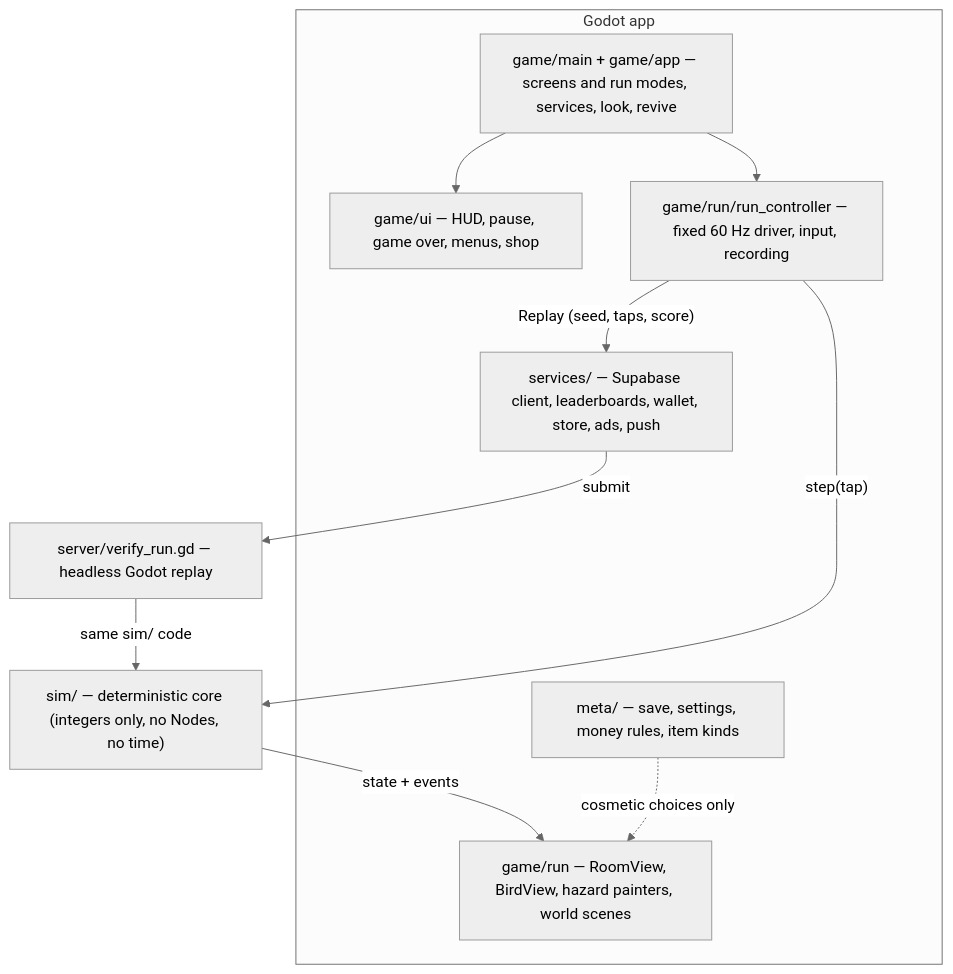
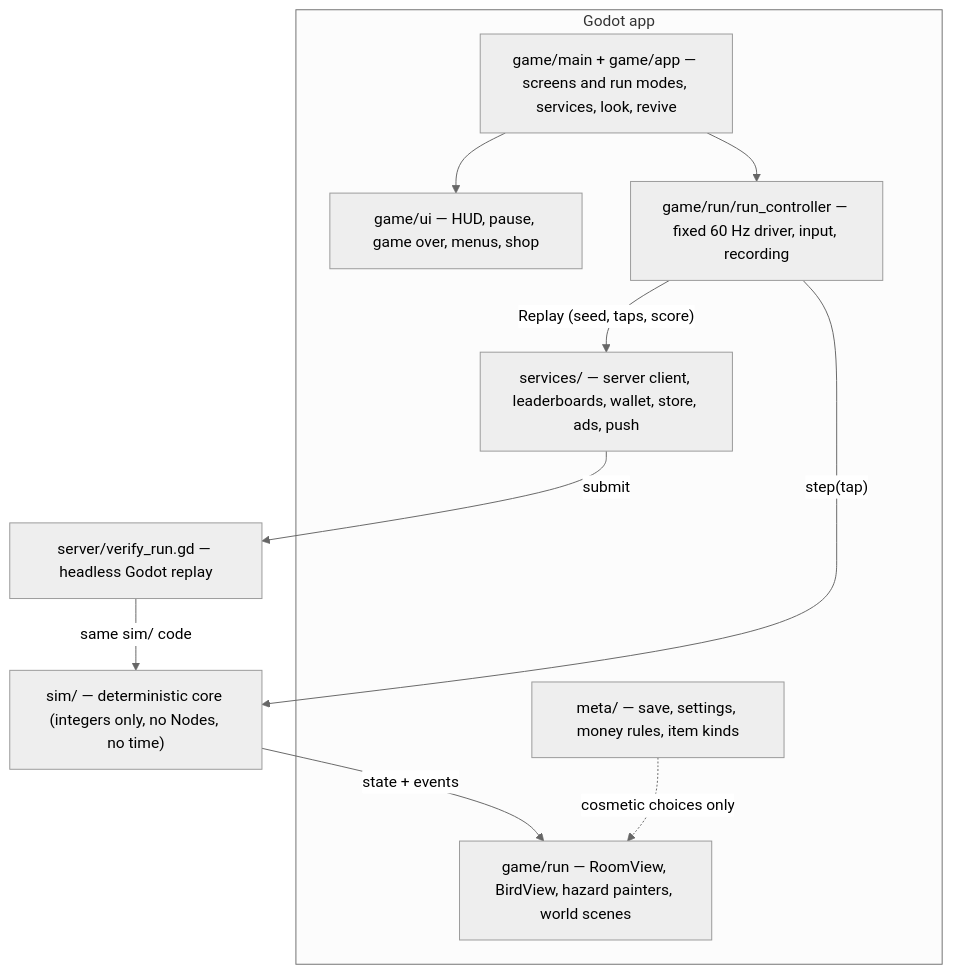
Before and after one commit to Mxndarijn/Spikey: the diagram in docs/ARCHITECTURE.md, drawn with Mermaid (neutral theme). The commit also changed other lines of this file and 106 other files, not shown here.

First line of the commit message:
Remove Supabase: FlapjawClient is the only backend

````diff
--- a/docs/ARCHITECTURE.md
+++ b/docs/ARCHITECTURE.md
@@ -16,22 +16,22 @@
 ```mermaid
 flowchart TD
     subgraph Client["Godot app"]
         APP["game/main + game/app — screens and run modes, services, look, revive"]
         UI["game/ui — HUD, pause, game over, menus, shop"]
         VIEW["game/run — RoomView, BirdView, hazard painters, world scenes"]
         CTRL["game/run/run_controller — fixed 60 Hz driver, input, recording"]
         META["meta/ — save, settings, money rules, item kinds"]
-        SVC["services/ — Supabase client, leaderboards, wallet, store, ads, push"]
+        SVC["services/ — server client, leaderboards, wallet, store, ads, push"]
     end
     SIM["sim/ — deterministic core (integers only, no Nodes, no time)"]
     SERVER["server/verify_run.gd — headless Godot replay"]
 
     APP --> UI
     APP --> CTRL
     CTRL -- "step(tap)" --> SIM
     SIM -- "state + events" --> VIEW
     CTRL -- "Replay (seed, taps, score)" --> SVC
     SVC -- "submit" --> SERVER
     SERVER -- "same sim/ code" --> SIM
     META -. "cosmetic choices only" .-> VIEW
 ```
````
